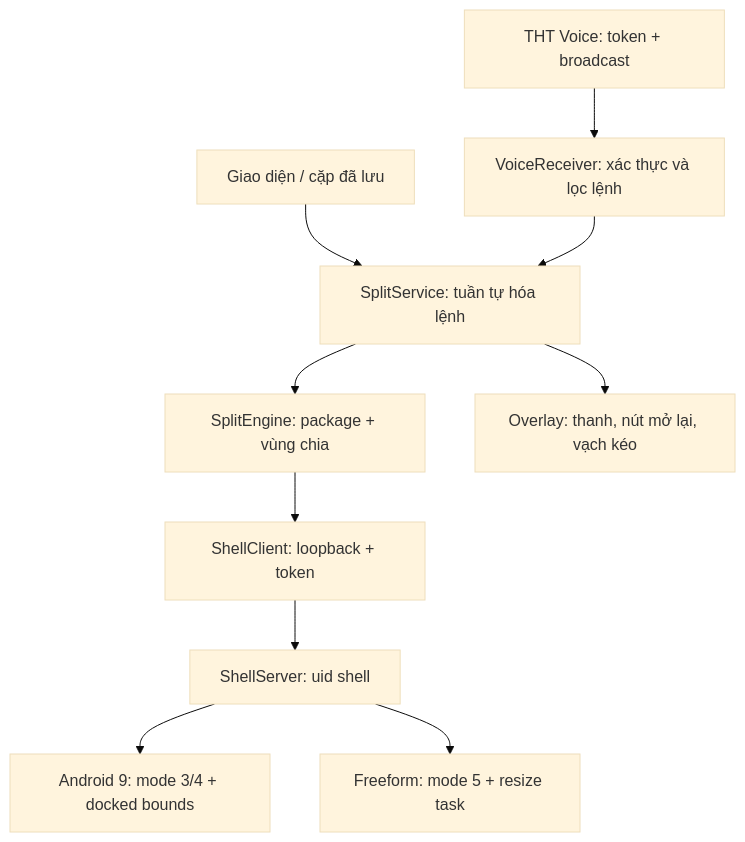
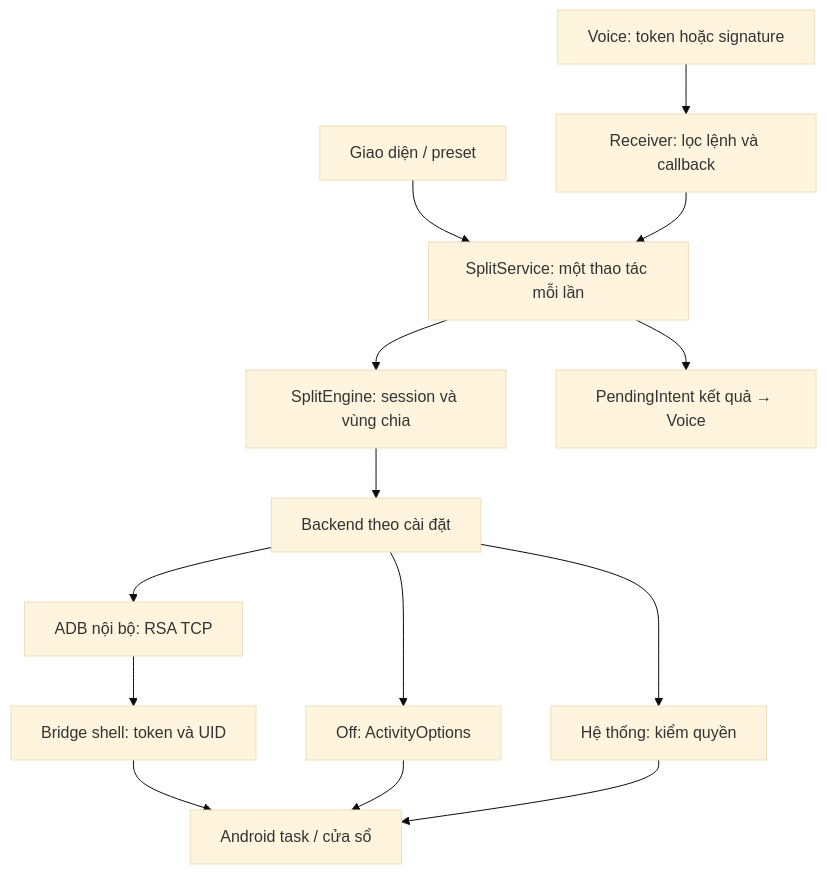
One commit to meomeo2099/THT-Split changed the diagram in docs/ARCHITECTURE.md. Above: the diagram before and after it, drawn with Mermaid (base theme). The commit also changed other lines of this file and 37 other files, not shown here.

Commit message:
Hoàn thiện ADB nội bộ, chế độ Off, quyền hệ thống và API phản hồi cho THT Voice

````diff
--- a/docs/ARCHITECTURE.md
+++ b/docs/ARCHITECTURE.md
@@ -4,12 +3,16 @@
 ```mermaid
 flowchart TD
-  A["Giao diện / cặp đã lưu"] --> C["SplitService: tuần tự hóa lệnh"]
-  B["THT Voice: token + broadcast"] --> V["VoiceReceiver: xác thực và lọc lệnh"]
-  V --> C
-  C --> G["SplitEngine: package + vùng chia"]
-  G --> S["ShellClient: loopback + token"]
-  S --> H["ShellServer: uid shell"]
-  H --> N["Android 9: mode 3/4 + docked bounds"]
-  H --> F["Freeform: mode 5 + resize task"]
-  C --> O["Overlay: thanh, nút mở lại, vạch kéo"]
+  U["Giao diện / preset"] --> S["SplitService: một thao tác mỗi lần"]
+  V["Voice: token hoặc signature"] --> R["Receiver: lọc lệnh và callback"]
+  R --> S
+  S --> E["SplitEngine: session và vùng chia"]
+  E --> B["Backend theo cài đặt"]
+  B --> A["ADB nội bộ: RSA TCP"]
+  A --> H["Bridge shell: token và UID"]
+  B --> O["Off: ActivityOptions"]
+  B --> P["Hệ thống: kiểm quyền"]
+  H --> W["Android task / cửa sổ"]
+  O --> W
+  P --> W
+  S --> C["PendingIntent kết quả → Voice"]
 ```
````
